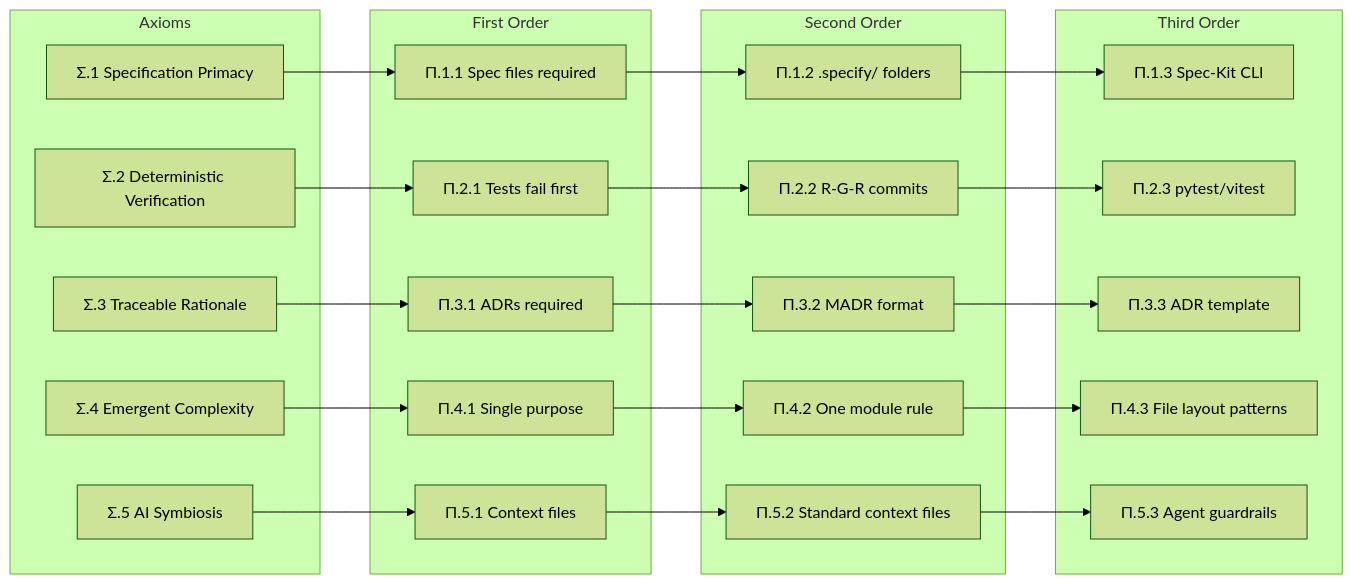
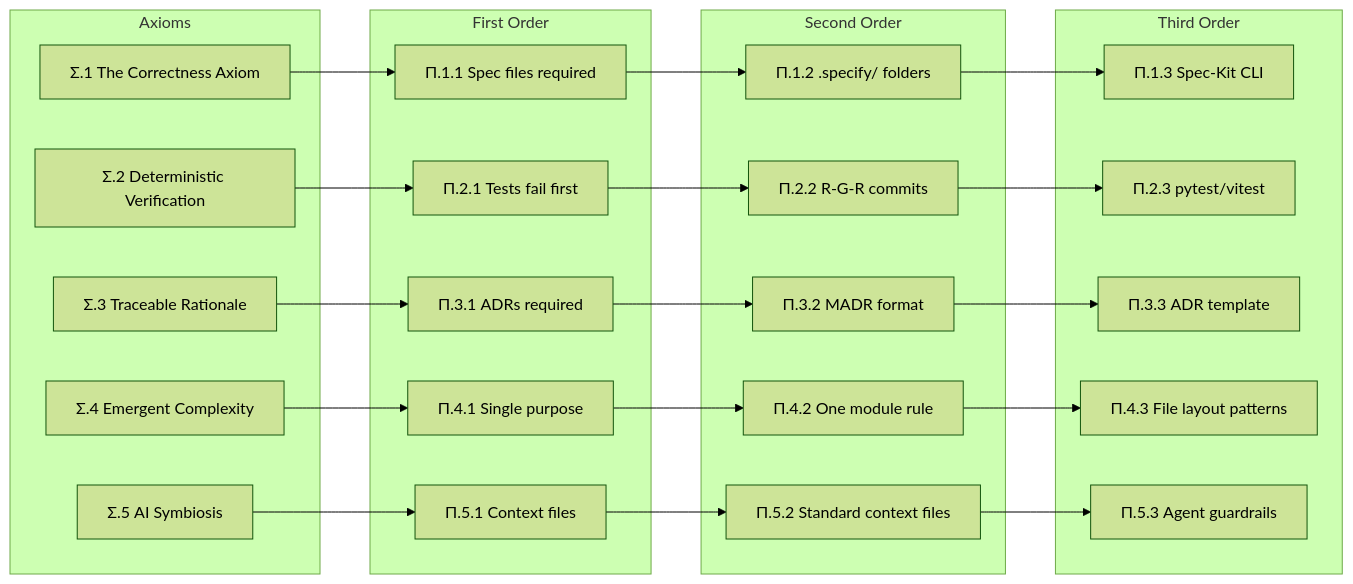
One commit to First-ADE/first-ade changed the diagram in docs/POSTULATES.md. Above: the diagram before and after it, drawn with Mermaid (forest theme). The commit also changed other lines of this file and 2 other files, not shown here.

First line of the commit message:
docs: refine Axiom sigma.1 to The Correctness Axiom

````diff
--- a/docs/POSTULATES.md
+++ b/docs/POSTULATES.md
@@ -109,40 +109,40 @@
 ```mermaid
 graph LR
     subgraph Axioms
-        S1[Σ.1 Specification Primacy]
+        S1[Σ.1 The Correctness Axiom]
         S2[Σ.2 Deterministic Verification]
         S3[Σ.3 Traceable Rationale]
         S4[Σ.4 Emergent Complexity]
         S5[Σ.5 AI Symbiosis]
     end
     
     subgraph First Order
         P11[Π.1.1 Spec files required]
         P21[Π.2.1 Tests fail first]
         P31[Π.3.1 ADRs required]
         P41[Π.4.1 Single purpose]
         P51[Π.5.1 Context files]
     end
     
     subgraph Second Order
         P12[Π.1.2 .specify/ folders]
         P22[Π.2.2 R-G-R commits]
         P32[Π.3.2 MADR format]
         P42[Π.4.2 One module rule]
         P52[Π.5.2 Standard context files]
     end
     
     subgraph Third Order
         P13[Π.1.3 Spec-Kit CLI]
         P23[Π.2.3 pytest/vitest]
         P33[Π.3.3 ADR template]
         P43[Π.4.3 File layout patterns]
         P53[Π.5.3 Agent guardrails]
     end
     
     S1 --> P11 --> P12 --> P13
     S2 --> P21 --> P22 --> P23
     S3 --> P31 --> P32 --> P33
     S4 --> P41 --> P42 --> P43
     S5 --> P51 --> P52 --> P53
 ```
````
